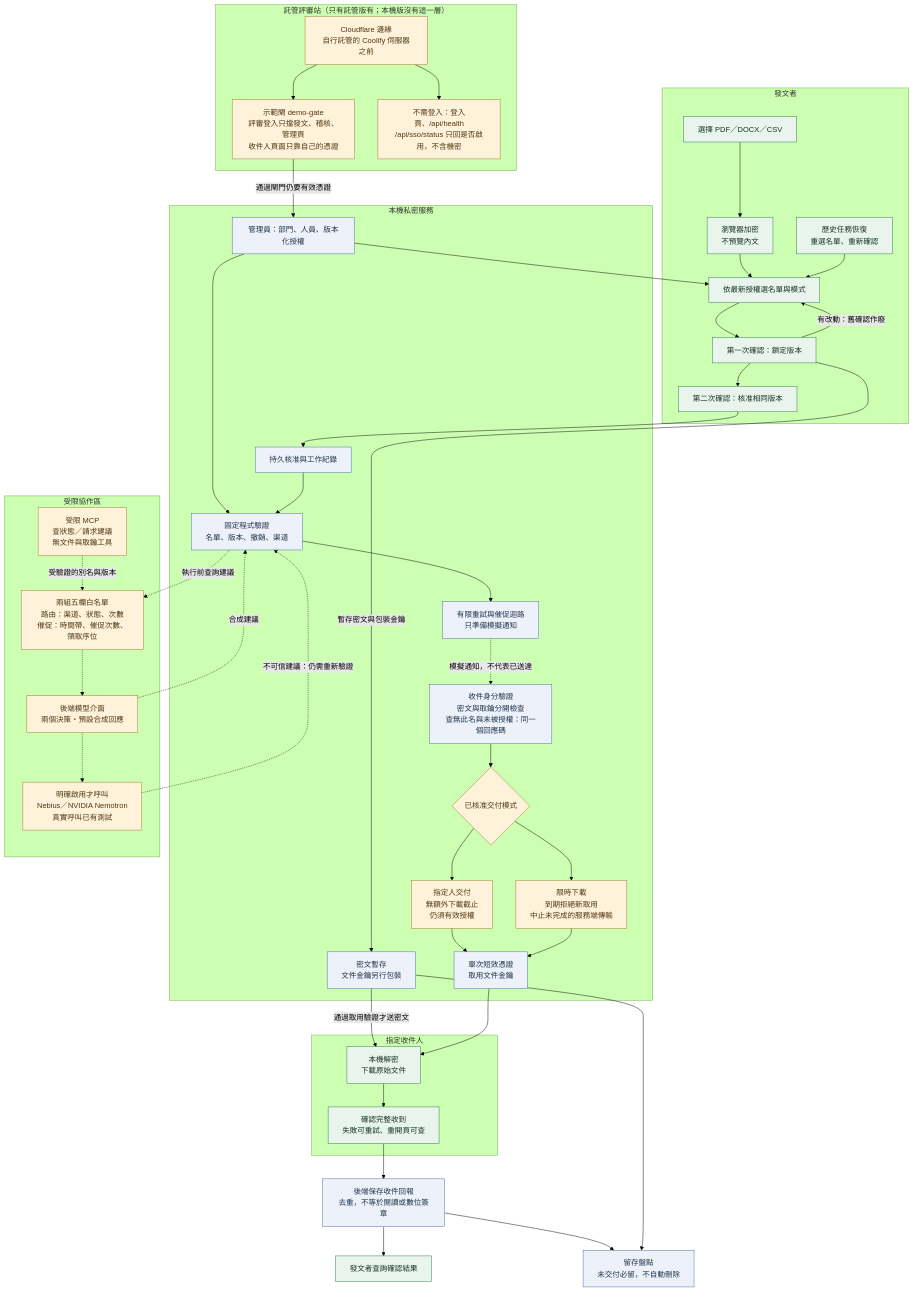
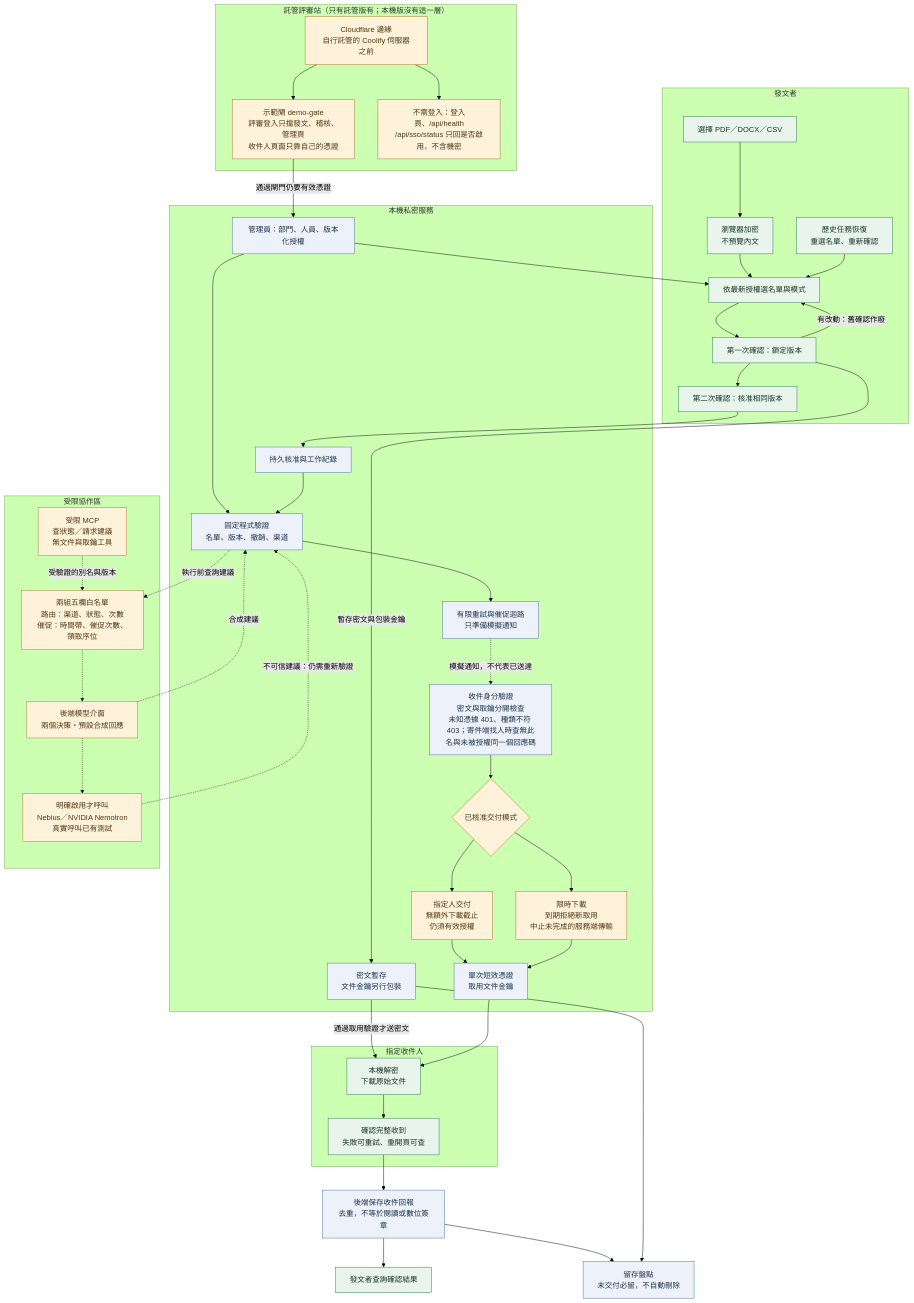
One commit to jiarong0423/zero-trust-edge-enclave changed the first of 2 diagrams in docs/agent/approved-delivery-architecture.md. Above: the diagram before and after it, drawn with Mermaid (forest theme). The commit also changed other lines of this file and 13 other files, not shown here.

Commit message:
Docs and diagrams: cost per outlet shown in the trust-boundary diagram, Cloudflare TLS stated, cascade also covers a refused answer, pseudonymous by default, provider usage record for the cost figure, opt-in AI paths in the threat model

````diff
--- a/docs/agent/approved-delivery-architecture.md
+++ b/docs/agent/approved-delivery-architecture.md
@@ -9,72 +9,72 @@
 ```mermaid
 flowchart TB
   subgraph Hosted["託管評審站（只有託管版有；本機版沒有這一層）"]
     Edge["Cloudflare 邊緣<br/>自行託管的 Coolify 伺服器之前"]
     DemoGate["示範閘 demo-gate<br/>評審登入只擋發文、稽核、管理頁<br/>收件人頁面只靠自己的憑證"]
     OpenPaths["不需登入：登入頁、/api/health<br/>/api/sso/status 只回是否啟用，不含機密"]
     Edge --> DemoGate
     Edge --> OpenPaths
   end
   DemoGate -->|"通過閘門仍要有效憑證"| Registry
   subgraph Human["發文者"]
     File["選擇 PDF／DOCX／CSV"]
     Seal["瀏覽器加密<br/>不預覽內文"]
     List["依最新授權選名單與模式"]
     First["第一次確認：鎖定版本"]
     Second["第二次確認：核准相同版本"]
     File --> Seal --> List --> First --> Second
     First -->|"有改動：舊確認作廢"| List
     History["歷史任務恢復<br/>重選名單、重新確認"] --> List
   end
   subgraph Local["本機私密服務"]
     Registry["管理員：部門、人員、版本化授權"]
     Store["密文暫存<br/>文件金鑰另行包裝"]
     Commit["持久核准與工作紀錄"]
     Gate["固定程式驗證<br/>名單、版本、撤銷、渠道"]
     Worker["有限重試與催促迴路<br/>只準備模擬通知"]
-    Access["收件身分驗證<br/>密文與取鑰分開檢查<br/>查無此名與未被授權：同一個回應碼"]
+    Access["收件身分驗證<br/>密文與取鑰分開檢查<br/>未知憑據 401、種類不符 403；寄件端找人時查無此名與未被授權同一個回應碼"]
     Mode{"已核准交付模式"}
     Required["指定人交付<br/>無額外下載截止<br/>仍須有效授權"]
     Timed["限時下載<br/>到期拒絕新取用<br/>中止未完成的服務端傳輸"]
     Key["單次短效憑證<br/>取用文件金鑰"]
     Registry --> Gate
     Commit --> Gate --> Worker
     Access --> Mode
     Mode --> Required --> Key
     Mode --> Timed --> Key
   end
   subgraph AI["受限協作區"]
     Codes["兩組五欄白名單<br/>路由：渠道、狀態、次數<br/>催促：時間帶、催促次數、領取序位"]
     Adviser["後端模型介面<br/>兩個決策・預設合成回應"]
     Cloud["明確啟用才呼叫<br/>Nebius／NVIDIA Nemotron<br/>真實呼叫已有測試"]
     MCP["受限 MCP<br/>查狀態／請求建議<br/>無文件與取鑰工具"]
     Codes -.-> Adviser
     Adviser -.-> Cloud
     MCP -. "受驗證的別名與版本" .-> Codes
   end
   subgraph Recipient["指定收件人"]
     Download["本機解密<br/>下載原始文件"]
     Receipt["確認完整收到<br/>失敗可重試、重開頁可查"]
     Download --> Receipt
   end
   First -->|"暫存密文與包裝金鑰"| Store
   Second --> Commit
   Registry --> List
   Gate -. "執行前查詢建議" .-> Codes
   Adviser -. "合成建議" .-> Gate
   Cloud -. "不可信建議：仍需重新驗證" .-> Gate
   Worker -. "模擬通知，不代表已送達" .-> Access
   Store -->|"通過取用驗證才送密文"| Download
   Key --> Download
   Receipt --> Saved["後端保存收件回報<br/>去重，不等於閱讀或數位簽章"]
   Saved --> SenderStatus["發文者查詢確認結果"]
   Saved --> Retention["留存盤點<br/>未交付必留，不自動刪除"]
   Store --> Retention
   classDef person fill:#e9f4ed,stroke:#28794a,color:#183524
   classDef secure fill:#edf2fa,stroke:#4b6d9e,color:#20354d
   classDef limit fill:#fff2db,stroke:#a77327,color:#503814
   class File,Seal,List,First,Second,History,Download,Receipt,SenderStatus person
   class Edge,DemoGate,OpenPaths limit
   class Registry,Store,Commit,Gate,Worker,Access,Key,Saved,Retention secure
   class Mode,Required,Timed,Codes,Adviser,Cloud,MCP limit
 ```
````
